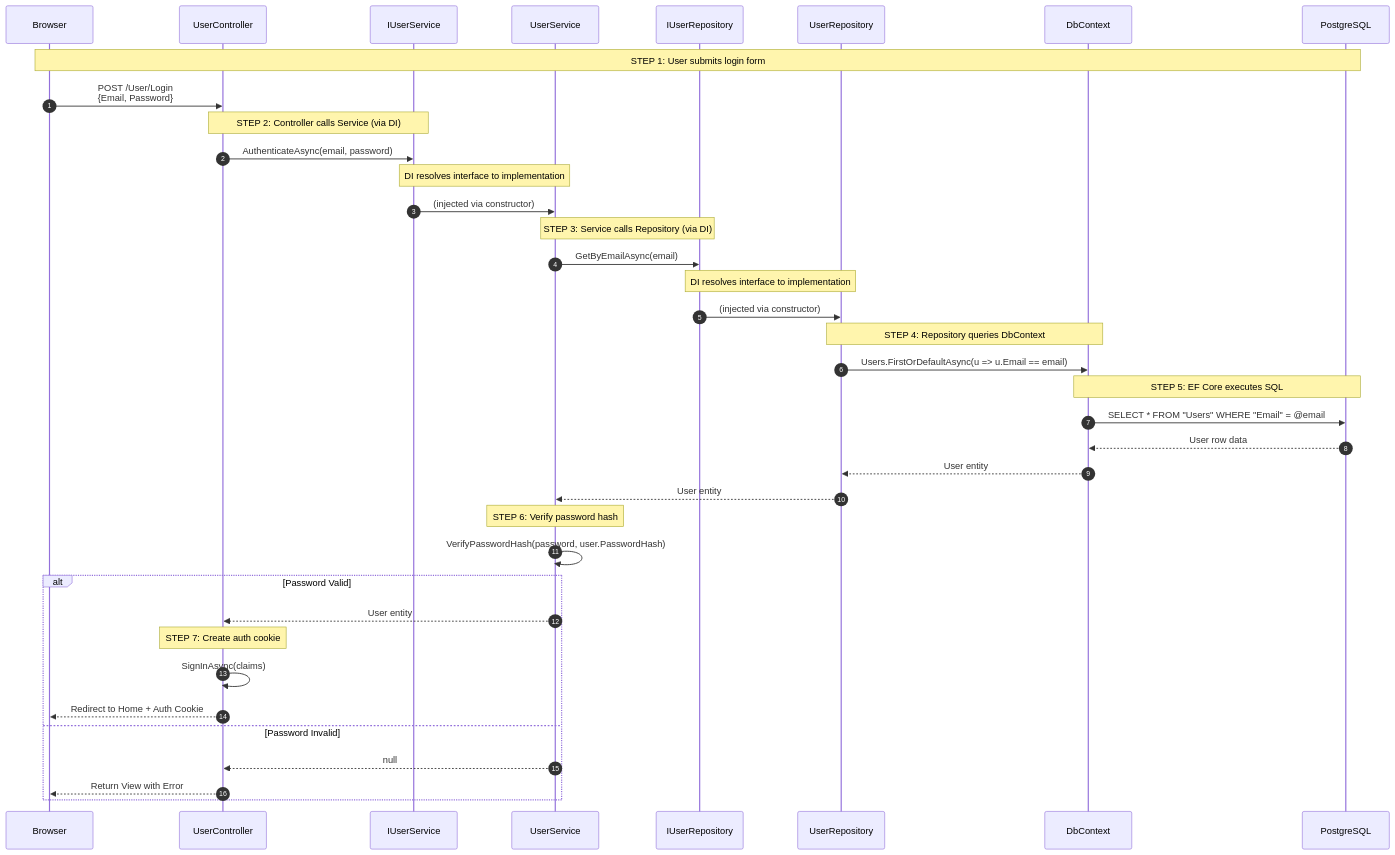
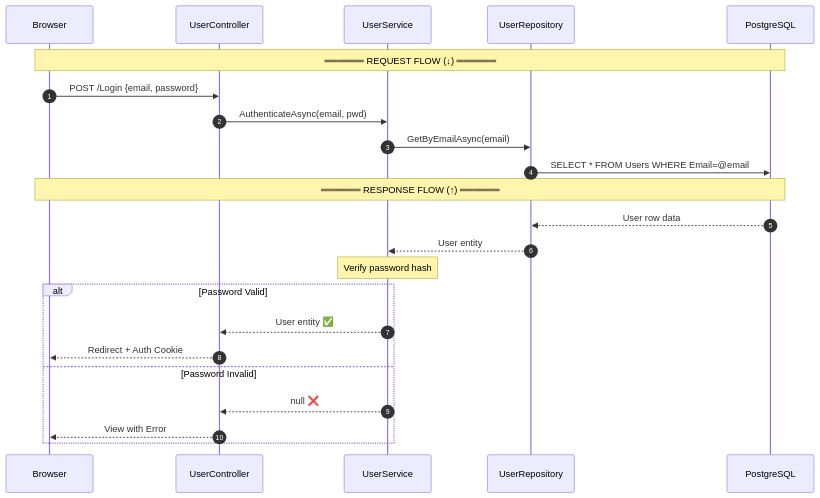
The diagram in docs/login_flow.md (Truongvbn/Hotel-Booking), drawn with Mermaid before and after one commit. The commit also changed other lines of this file and 1 other file, not shown here.

Commit message:
docs: Update architecture diagrams with bidirectional request/response flow

````diff
--- a/docs/login_flow.md
+++ b/docs/login_flow.md
@@ -5,50 +5,31 @@
 ```mermaid
 sequenceDiagram
     autonumber
     participant Browser
-    participant UserController
-    participant IUserService
-    participant UserService
-    participant IUserRepository
-    participant UserRepository
-    participant DbContext
-    participant PostgreSQL
+    participant Controller as UserController
+    participant Service as UserService
+    participant Repository as UserRepository
+    participant DB as PostgreSQL
 
-    Note over Browser,PostgreSQL: STEP 1: User submits login form
-    Browser->>UserController: POST /User/Login<br/>{Email, Password}
+    Note over Browser,DB: ══════ REQUEST FLOW (↓) ══════
+    
+    Browser->>Controller: POST /Login {email, password}
+    Controller->>Service: AuthenticateAsync(email, pwd)
+    Service->>Repository: GetByEmailAsync(email)
+    Repository->>DB: SELECT * FROM Users WHERE Email=@email
 
-    Note over UserController,IUserService: STEP 2: Controller calls Service (via DI)
-    UserController->>IUserService: AuthenticateAsync(email, password)
+    Note over Browser,DB: ══════ RESPONSE FLOW (↑) ══════
     
-    Note over IUserService,UserService: DI resolves interface to implementation
-    IUserService->>UserService: (injected via constructor)
-
-    Note over UserService,IUserRepository: STEP 3: Service calls Repository (via DI)
-    UserService->>IUserRepository: GetByEmailAsync(email)
+    DB-->>Repository: User row data
+    Repository-->>Service: User entity
     
-    Note over IUserRepository,UserRepository: DI resolves interface to implementation
-    IUserRepository->>UserRepository: (injected via constructor)
-
-    Note over UserRepository,DbContext: STEP 4: Repository queries DbContext
-    UserRepository->>DbContext: Users.FirstOrDefaultAsync(u => u.Email == email)
-
-    Note over DbContext,PostgreSQL: STEP 5: EF Core executes SQL
-    DbContext->>PostgreSQL: SELECT * FROM "Users" WHERE "Email" = @email
-
-    PostgreSQL-->>DbContext: User row data
-    DbContext-->>UserRepository: User entity
-    UserRepository-->>UserService: User entity
-
-    Note over UserService: STEP 6: Verify password hash
-    UserService->>UserService: VerifyPasswordHash(password, user.PasswordHash)
-
+    Note over Service: Verify password hash
+    
     alt Password Valid
-        UserService-->>UserController: User entity
-        Note over UserController: STEP 7: Create auth cookie
-        UserController->>UserController: SignInAsync(claims)
-        UserController-->>Browser: Redirect to Home + Auth Cookie
+        Service-->>Controller: User entity ✅
+        Controller-->>Browser: Redirect + Auth Cookie
     else Password Invalid
-        UserService-->>UserController: null
-        UserController-->>Browser: Return View with Error
+        Service-->>Controller: null ❌
+        Controller-->>Browser: View with Error
     end
 ```
````
